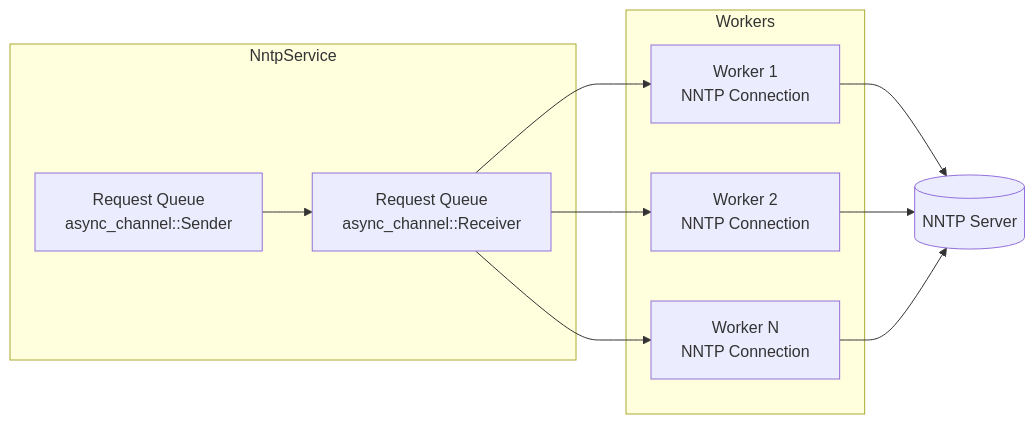
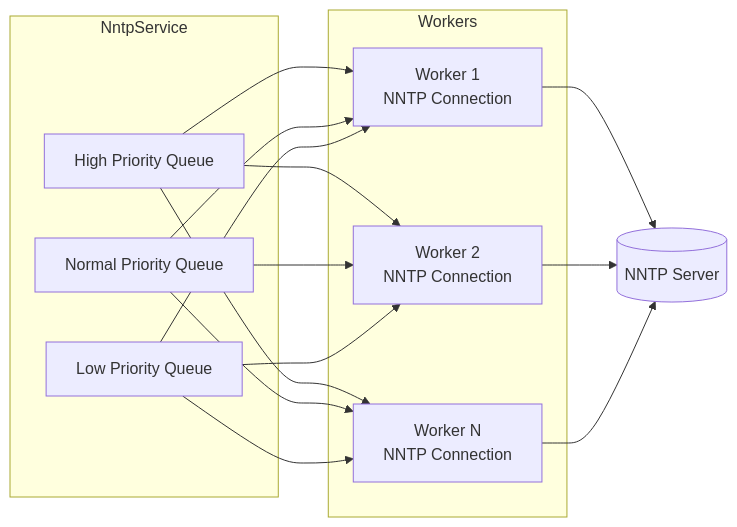
The second of 2 diagrams in docs/nntp-service.md (forever-august/september), drawn with Mermaid before and after one commit. The commit also changed other lines of this file and 7 other files, not shown here.

First line of the commit message:
feat: add priority-based request scheduling for NNTP operations

````diff
--- a/docs/nntp-service.md
+++ b/docs/nntp-service.md
@@ -38,22 +38,28 @@
 ```mermaid
 flowchart LR
     subgraph NntpService
-        TX[Request Queue<br/>async_channel::Sender]
-        RX[Request Queue<br/>async_channel::Receiver]
+        HQ[High Priority Queue]
+        NQ[Normal Priority Queue]
+        LQ[Low Priority Queue]
     end
     
     subgraph Workers
         W1[Worker 1<br/>NNTP Connection]
         W2[Worker 2<br/>NNTP Connection]
         W3[Worker N<br/>NNTP Connection]
     end
     
-    TX --> RX
-    RX --> W1
-    RX --> W2
-    RX --> W3
+    HQ --> W1
+    NQ --> W1
+    LQ --> W1
+    HQ --> W2
+    NQ --> W2
+    LQ --> W2
+    HQ --> W3
+    NQ --> W3
+    LQ --> W3
     
     W1 --> NNTP[(NNTP Server)]
     W2 --> NNTP
     W3 --> NNTP
 ```
````
